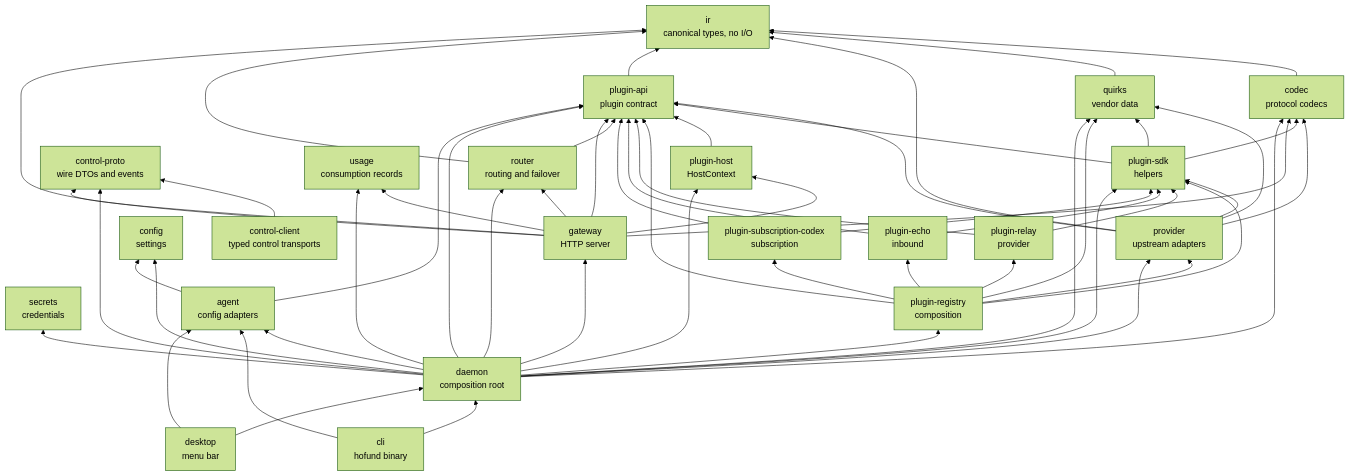
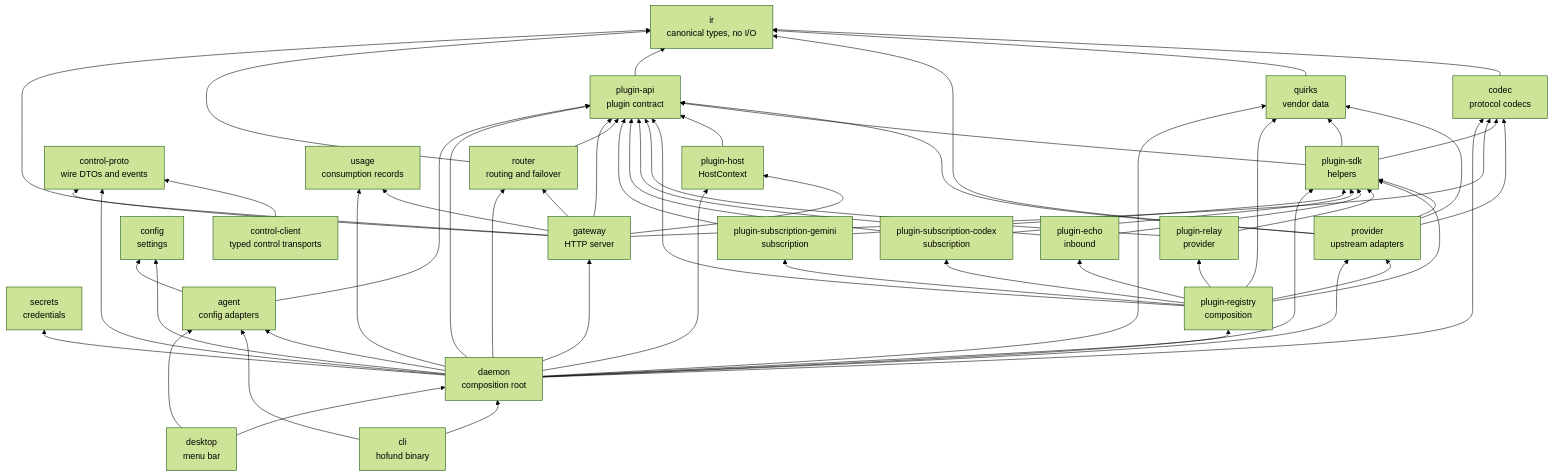
The diagram in docs/architecture.md (logibricks-io/open-heimdall-hofund), drawn with Mermaid (forest theme) before and after one commit. The commit also changed other lines of this file and 1 other file, not shown here.

Commit message:
gemini: register the plugin in the workspace invariants and architecture docs

```diff
--- a/docs/architecture.md
+++ b/docs/architecture.md
@@ -57,6 +57,7 @@
   pluginRelay["plugin-relay<br/>provider"]
   pluginEcho["plugin-echo<br/>inbound"]
   pluginCodex["plugin-subscription-codex<br/>subscription"]
+  pluginGemini["plugin-subscription-gemini<br/>subscription"]
   gateway["gateway<br/>HTTP server"]
   daemon["daemon<br/>composition root"]
   cli["cli<br/>hofund binary"]
@@ -79,6 +80,7 @@
   pluginRegistry --> pluginRelay
   pluginRegistry --> pluginEcho
   pluginRegistry --> pluginCodex
+  pluginRegistry --> pluginGemini
   pluginRegistry --> provider
   pluginRegistry --> quirks
   pluginRelay --> pluginApi
@@ -87,6 +89,8 @@
   pluginEcho --> pluginSdk
   pluginCodex --> pluginApi
   pluginCodex --> pluginSdk
+  pluginGemini --> pluginApi
+  pluginGemini --> pluginSdk
   router --> pluginApi
   router --> ir
   gateway --> router
```
